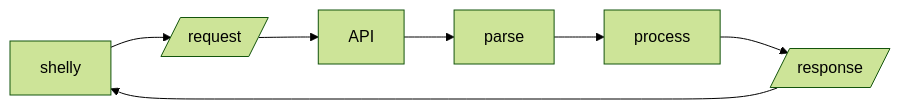
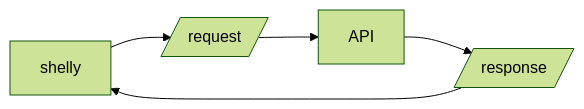
Before and after one commit to galvao-eti/shelly: the diagram in README.md, drawn with Mermaid (forest theme). The commit also changed other lines of this file and 6 other files, not shown here.

````diff
--- a/README.md
+++ b/README.md
@@ -26,9 +78,7 @@
 ```mermaid
 flowchart LR
     shelly --> reqid[/request/]
     reqid --> API
-    API --> parse
-    parse --> process
-    process --> resid[/response/]
+    API--> resid[/response/]
     resid --> shelly
 ```
````
